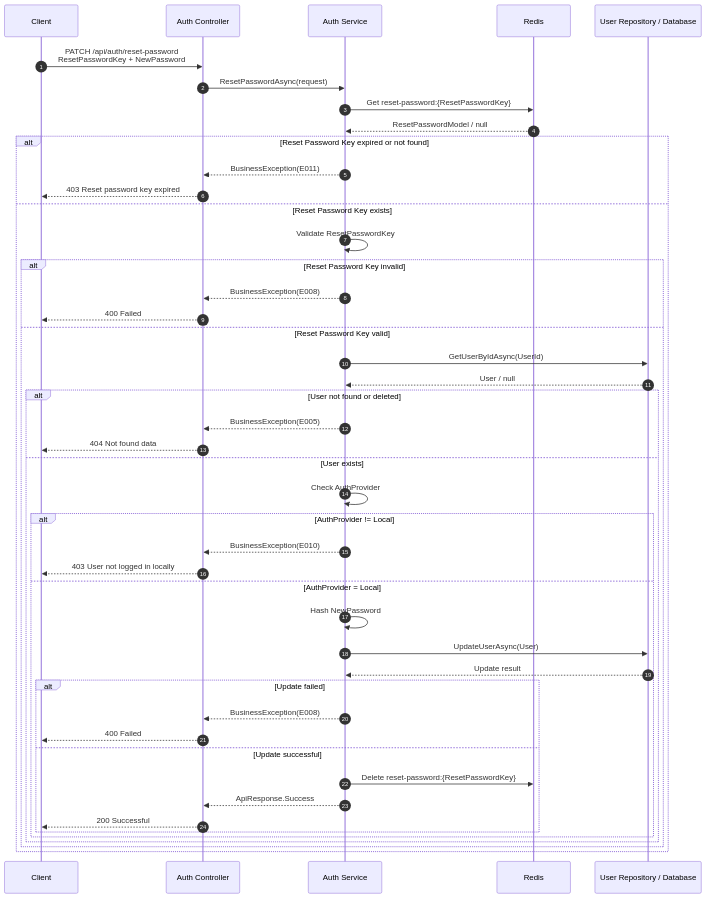
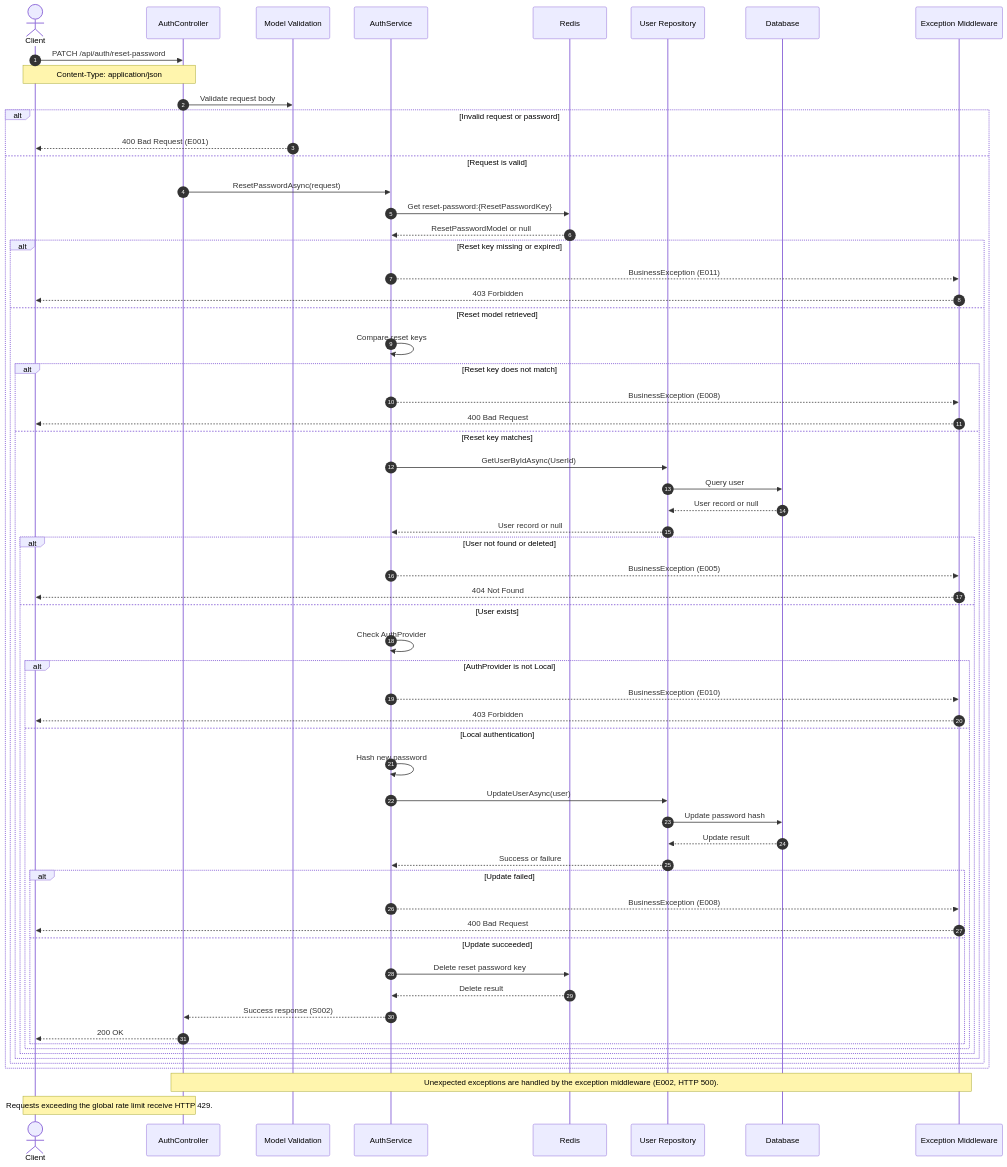
Before and after one commit to programmerHoangBao/Book-Shop: the fifth of 7 diagrams in API-Description.md, drawn with Mermaid. The commit also changed other lines of this file, not shown here.

Commit message:
Update API-Description for Auth API

````diff
--- a/API-Description.md
+++ b/API-Description.md
@@ -794,59 +1074,73 @@
 ```mermaid
 sequenceDiagram
     autonumber
-    participant C as Client
-    participant API as Auth Controller
-    participant S as Auth Service
-    participant R as Redis
-    participant DB as User Repository / Database
+    actor Client
+    participant API as AuthController
+    participant Validation as Model Validation
+    participant Service as AuthService
+    participant Redis
+    participant UserRepo as User Repository
+    participant DB as Database
+    participant Middleware as Exception Middleware
 
-    C->>API: PATCH /api/auth/reset-password<br/>ResetPasswordKey + NewPassword
-    API->>S: ResetPasswordAsync(request)
+    Client->>API: PATCH /api/auth/reset-password
+    Note over Client,API: Content-Type: application/json
 
-    S->>R: Get reset-password:{ResetPasswordKey}
-    R-->>S: ResetPasswordModel / null
+    API->>Validation: Validate request body
 
-    alt Reset Password Key expired or not found
-        S-->>API: BusinessException(E011)
-        API-->>C: 403 Reset password key expired
-    else Reset Password Key exists
+    alt Invalid request or password
+        Validation-->>Client: 400 Bad Request (E001)
+    else Request is valid
+        API->>Service: ResetPasswordAsync(request)
+        Service->>Redis: Get reset-password:{ResetPasswordKey}
+        Redis-->>Service: ResetPasswordModel or null
 
-        S->>S: Validate ResetPasswordKey
+        alt Reset key missing or expired
+            Service-->>Middleware: BusinessException (E011)
+            Middleware-->>Client: 403 Forbidden
+        else Reset model retrieved
+            Service->>Service: Compare reset keys
 
-        alt Reset Password Key invalid
-            S-->>API: BusinessException(E008)
-            API-->>C: 400 Failed
-        else Reset Password Key valid
+            alt Reset key does not match
+                Service-->>Middleware: BusinessException (E008)
+                Middleware-->>Client: 400 Bad Request
+            else Reset key matches
+                Service->>UserRepo: GetUserByIdAsync(UserId)
+                UserRepo->>DB: Query user
+                DB-->>UserRepo: User record or null
+                UserRepo-->>Service: User record or null
 
-            S->>DB: GetUserByIdAsync(UserId)
-            DB-->>S: User / null
+                alt User not found or deleted
+                    Service-->>Middleware: BusinessException (E005)
+                    Middleware-->>Client: 404 Not Found
+                else User exists
+                    Service->>Service: Check AuthProvider
 
-            alt User not found or deleted
-                S-->>API: BusinessException(E005)
-                API-->>C: 404 Not found data
-            else User exists
+                    alt AuthProvider is not Local
+                        Service-->>Middleware: BusinessException (E010)
+                        Middleware-->>Client: 403 Forbidden
+                    else Local authentication
+                        Service->>Service: Hash new password
+                        Service->>UserRepo: UpdateUserAsync(user)
+                        UserRepo->>DB: Update password hash
+                        DB-->>UserRepo: Update result
+                        UserRepo-->>Service: Success or failure
 
-                S->>S: Check AuthProvider
-
-                alt AuthProvider != Local
-                    S-->>API: BusinessException(E010)
-                    API-->>C: 403 User not logged in locally
-                else AuthProvider = Local
-
-                    S->>S: Hash NewPassword
-                    S->>DB: UpdateUserAsync(User)
-                    DB-->>S: Update result
-
-                    alt Update failed
-                        S-->>API: BusinessException(E008)
-                        API-->>C: 400 Failed
-                    else Update successful
-                        S->>R: Delete reset-password:{ResetPasswordKey}
-                        S-->>API: ApiResponse.Success
-                        API-->>C: 200 Successful
+                        alt Update failed
+                            Service-->>Middleware: BusinessException (E008)
+                            Middleware-->>Client: 400 Bad Request
+                        else Update succeeded
+                            Service->>Redis: Delete reset password key
+                            Redis-->>Service: Delete result
+                            Service-->>API: Success response (S002)
+                            API-->>Client: 200 OK
+                        end
                     end
                 end
             end
         end
     end
+
+    Note over API,Middleware: Unexpected exceptions are handled by the exception middleware (E002, HTTP 500).
+    Note over Client,API: Requests exceeding the global rate limit receive HTTP 429.
 ```
````
